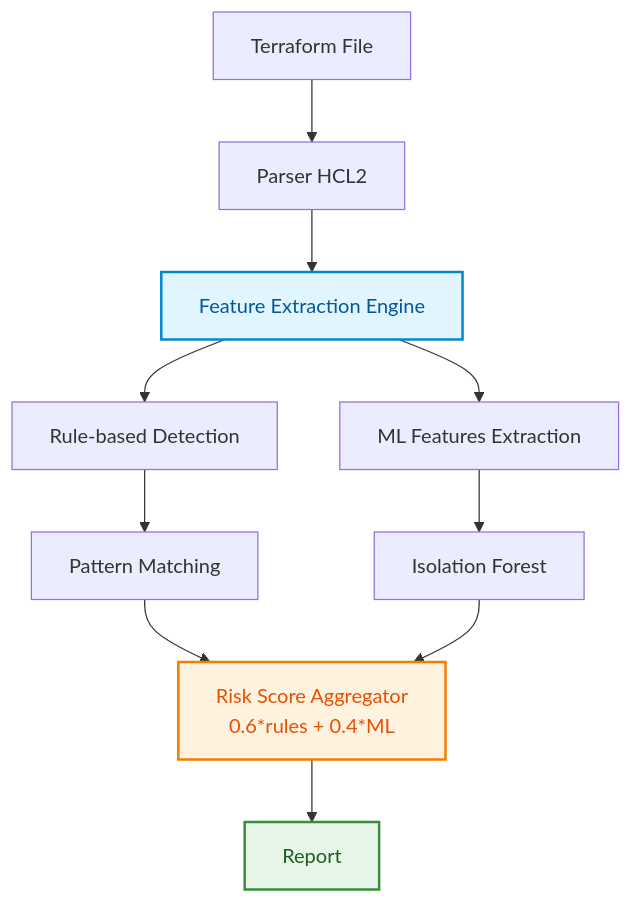
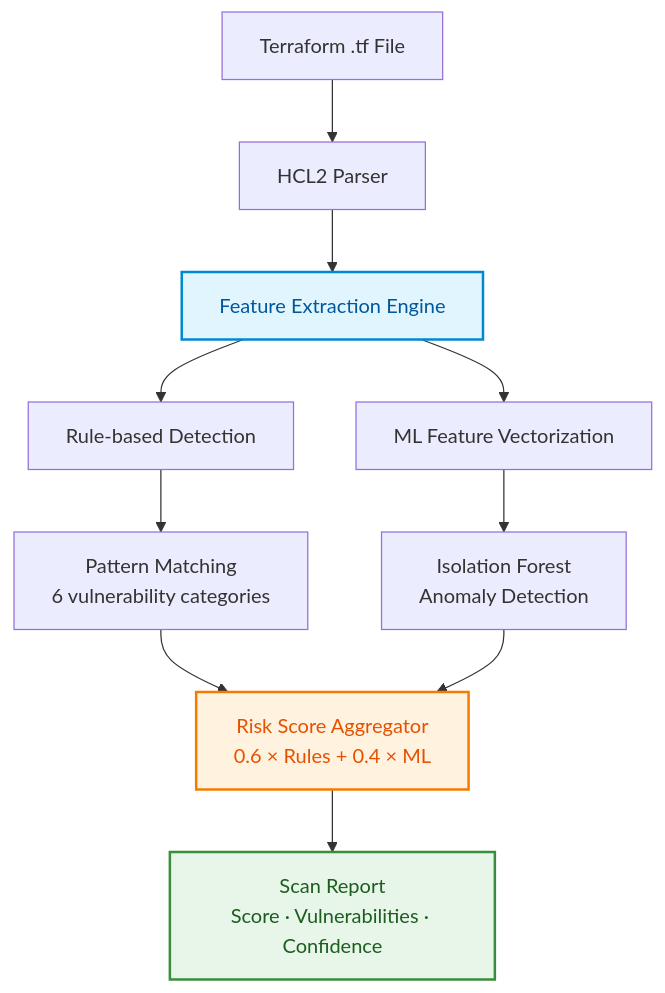
One commit to oguarni/terrasafe changed the first of 2 diagrams in README.md. Above: the diagram before and after it, drawn with Mermaid. The commit also changed other lines of this file, not shown here.

````diff
--- a/README.md
+++ b/README.md
@@ -40,20 +141,20 @@
 ```mermaid
 graph TD
-    A[Terraform File] --> B[Parser HCL2]
+    A[Terraform .tf File] --> B[HCL2 Parser]
     B --> C[Feature Extraction Engine]
-    
+
     C --> D[Rule-based Detection]
-    C --> E[ML Features Extraction]
-    
-    D --> F[Pattern Matching]
-    E --> G[Isolation Forest]
-    
-    F --> H[Risk Score Aggregator <br> 0.6*rules + 0.4*ML]
+    C --> E[ML Feature Vectorization]
+
+    D --> F[Pattern Matching<br>6 vulnerability categories]
+    E --> G[Isolation Forest<br>Anomaly Detection]
+
+    F --> H[Risk Score Aggregator<br>0.6 × Rules + 0.4 × ML]
     G --> H
-    
-    H --> I[Report]
+
+    H --> I[Scan Report<br>Score · Vulnerabilities · Confidence]
 
     style C fill:#e1f5ff,stroke:#0288d1,stroke-width:2px,color:#01579b
     style H fill:#fff3e0,stroke:#f57c00,stroke-width:2px,color:#e65100
     style I fill:#e8f5e9,stroke:#388e3c,stroke-width:2px,color:#1b5e20
 ```
````
